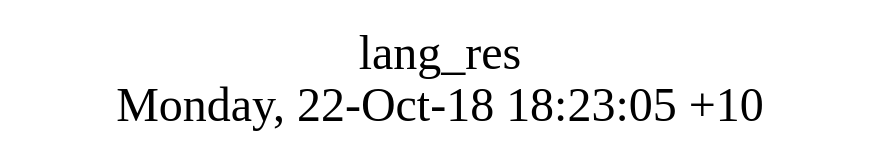
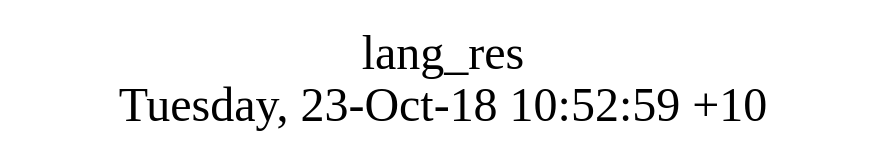
One commit to AplaProject/apps changed the diagram in src/lang_res/struct.dot. Above: the diagram before and after it, drawn with Graphviz. The commit also changed 3 other files, not shown here.

```diff
--- a/src/lang_res/struct.dot
+++ b/src/lang_res/struct.dot
@@ -1,8 +1,8 @@
 digraph G {
 fontsize="24";
-label="lang_res\nMonday, 22-Oct-18 18:23:05 +10";
+label="lang_res\nTuesday, 23-Oct-18 10:52:59 +10";
 nojustify=true;
 ordering=out;
 rankdir=LR;
 size="30";
 }
```
